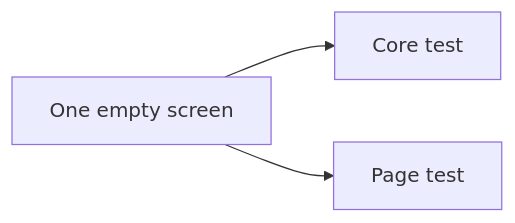
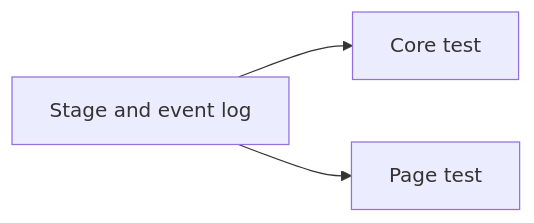
The diagram in docs/CRITICAL-FLOWS.md (p10ns11y/visualizer), drawn with Mermaid before and after one commit. The commit also changed other lines of this file and 35 other files, not shown here.

First line of the commit message:
Add the flow graph for stage, mode, and the event log (#17)

````diff
--- a/docs/CRITICAL-FLOWS.md
+++ b/docs/CRITICAL-FLOWS.md
@@ -3,5 +3,5 @@
 ```mermaid
 flowchart LR
-  screen[One empty screen] --> coreTest[Core test]
+  screen[Stage and event log] --> coreTest[Core test]
   screen --> pageTest[Page test]
 ```
````
